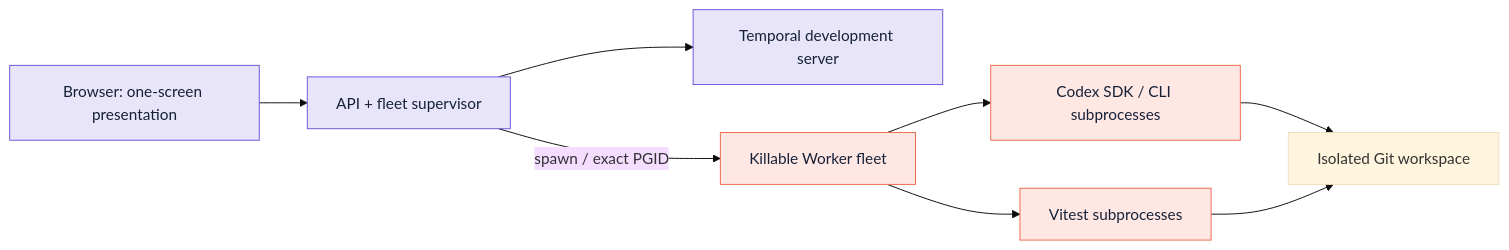
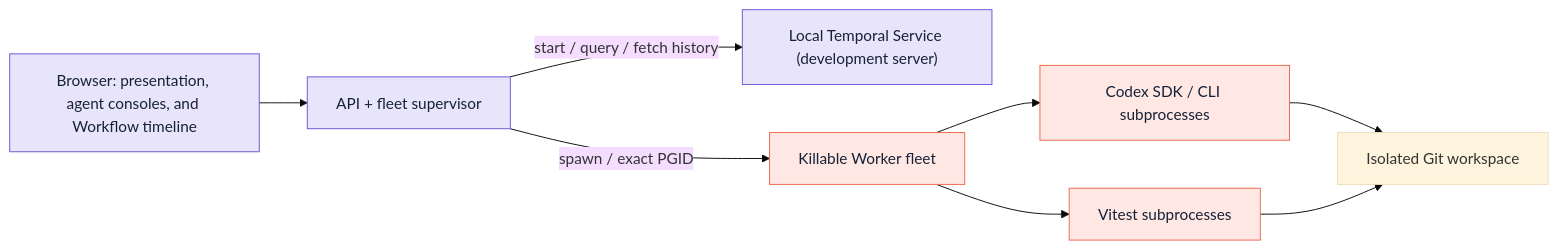
Before and after one commit to mootrichard/temporal-durable-agents: the first of 3 diagrams in docs/architecture.md, drawn with Mermaid (base theme). The commit also changed other lines of this file and 5 other files, not shown here.

````diff
--- a/docs/architecture.md
+++ b/docs/architecture.md
@@ -5,15 +5,15 @@
 ```mermaid
 flowchart LR
-  B["Browser: one-screen presentation"] --> A["API + fleet supervisor"]
-  A --> T["Temporal development server"]
+  B["Browser: presentation, agent consoles, and Workflow timeline"] --> A["API + fleet supervisor"]
+  A -->|"start / query / fetch history"| T["Local Temporal Service (development server)"]
   A -->|"spawn / exact PGID"| W["Killable Worker fleet"]
   W --> C["Codex SDK / CLI subprocesses"]
   W --> X["Vitest subprocesses"]
   C --> G["Isolated Git workspace"]
   X --> G
 
   classDef survives fill:#e8e5fb,stroke:#6b55d9,color:#162139;
   classDef killable fill:#ffe8e3,stroke:#ed684e,color:#162139;
   class A,T,B survives;
   class W,C,X killable;
 ```
````
